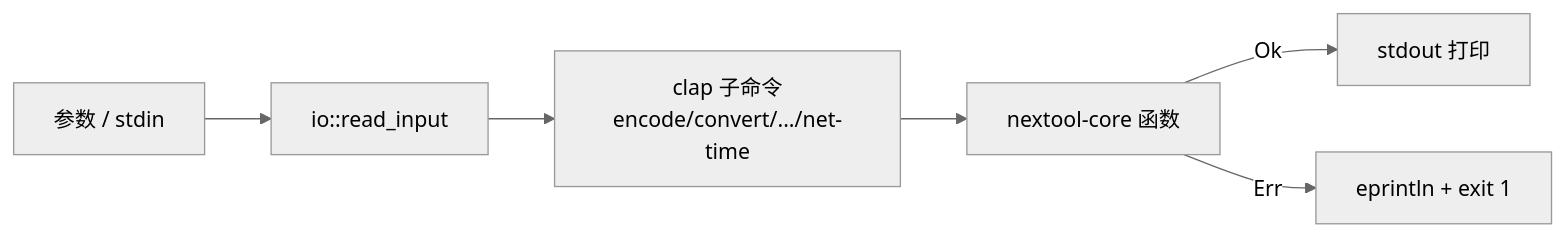
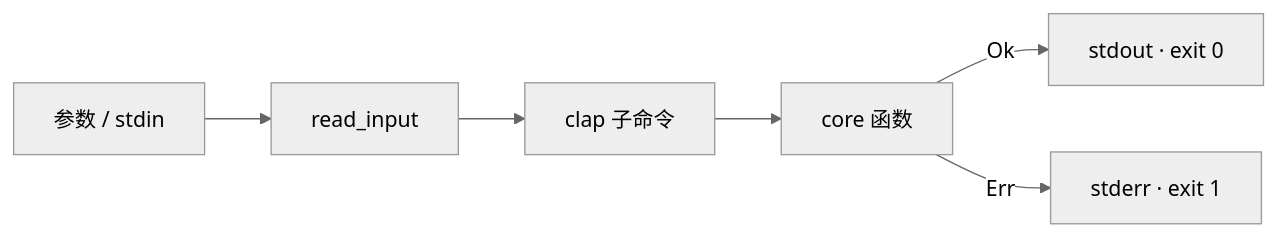
One commit to int2t05/NexToolkit changed the first of 8 diagrams in docs/flow.md. Above: the diagram before and after it, drawn with Mermaid (neutral theme). The commit also changed other lines of this file and 5 other files, not shown here.

First line of the commit message:
docs: 全量重构——prd/tech/api/flow/todo + README,mermaid 为主,简洁成熟

````diff
--- a/docs/flow.md
+++ b/docs/flow.md
@@ -7,8 +7,8 @@
 ```mermaid
 flowchart LR
-  ARG["参数 / stdin"] --> IO["io::read_input"]
-  IO --> CLAP["clap 子命令<br/>encode/convert/.../net-time"]
-  CLAP --> CORE["nextool-core 函数"]
-  CORE -->|"Ok"| OUT["stdout 打印"]
-  CORE -->|"Err"| ERR["eprintln + exit 1"]
+  ARG["参数 / stdin"] --> IO["read_input"]
+  IO --> CLAP["clap 子命令"]
+  CLAP --> CORE["core 函数"]
+  CORE -->|"Ok"| OUT["stdout · exit 0"]
+  CORE -->|"Err"| ERR["stderr · exit 1"]
 ```
````
